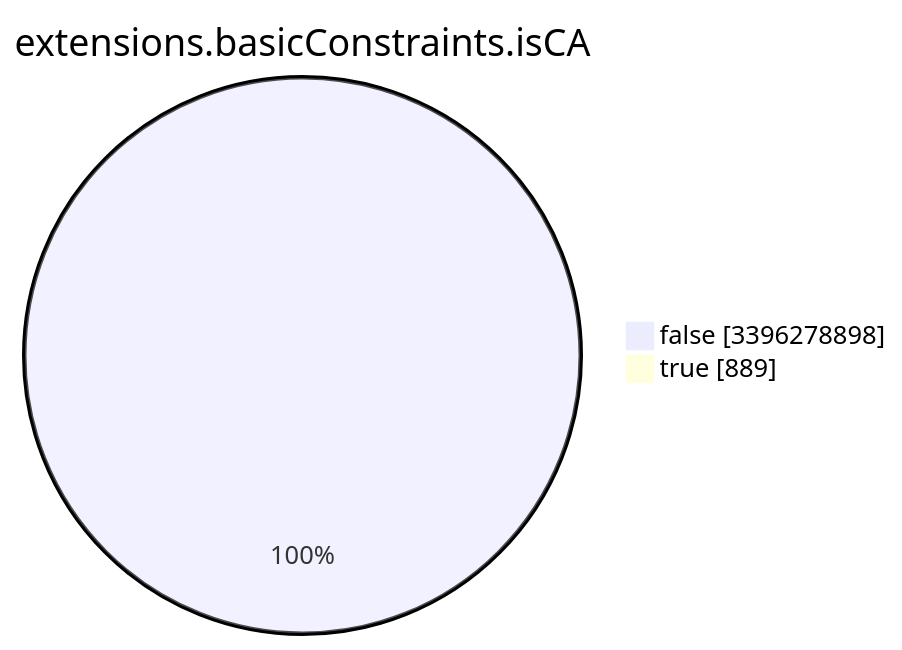
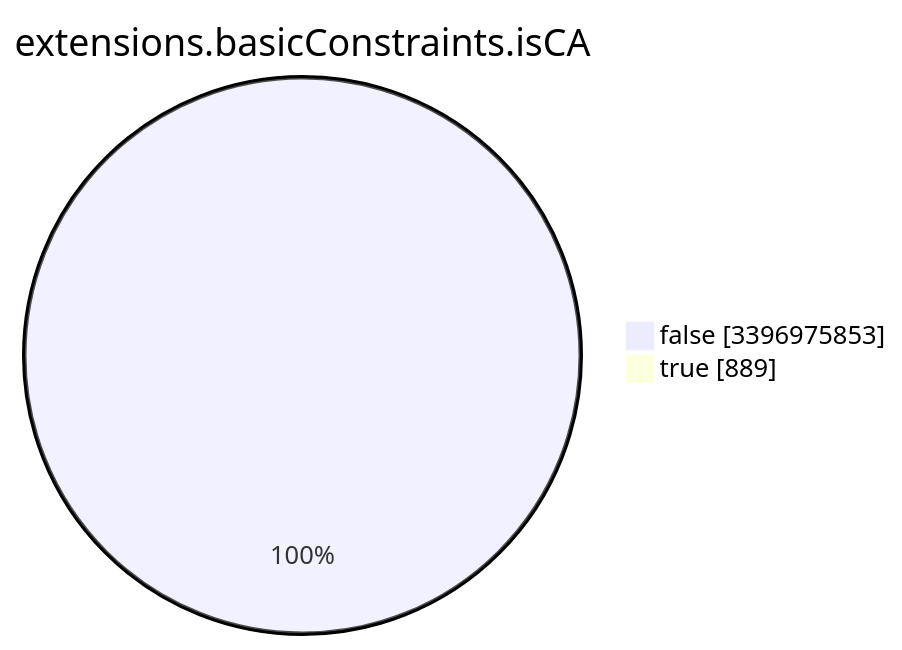
Before and after one commit to christiankrug/ctmonitor_visualization: the seventh of 15 diagrams in TOTAL/README.md, drawn with Mermaid. The commit also changed other lines of this file, not shown here.

````diff
--- a/TOTAL/README.md
+++ b/TOTAL/README.md
@@ -3091,6 +3091,6 @@
 ```mermaid
 pie showData
 title extensions.basicConstraints.isCA
-"false" :3396278898
+"false" :3396975853
 "true" :889
 ```
````
